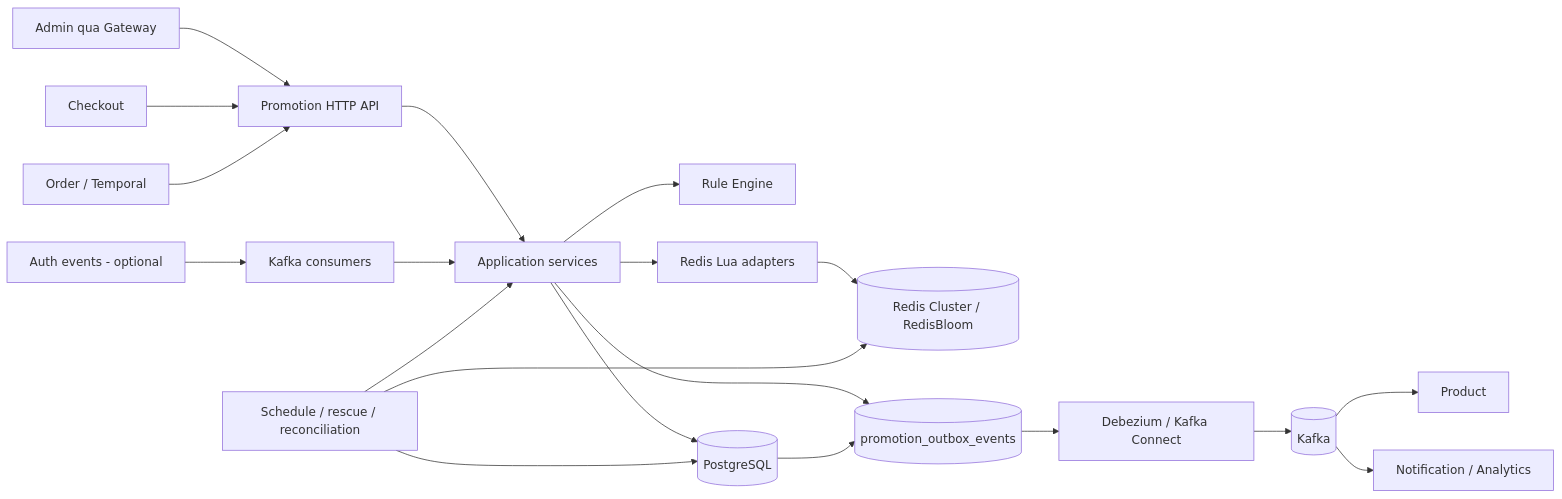
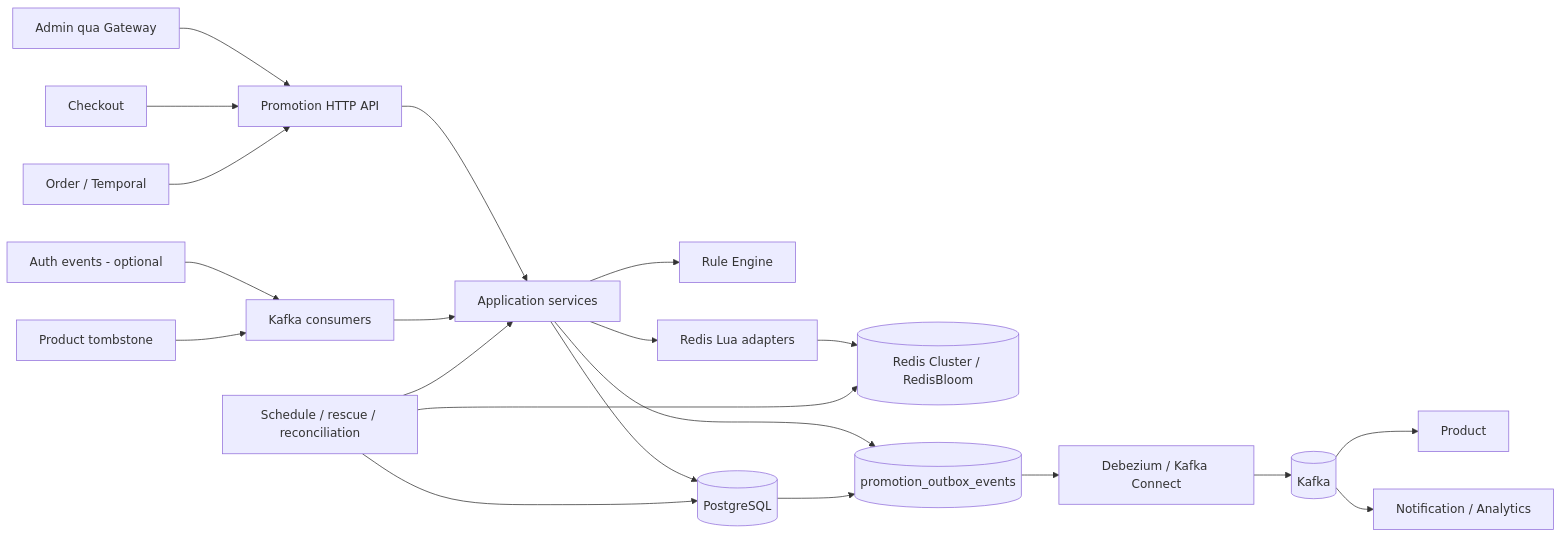
Before and after one commit to quangdung2110/e-commerce-microservices: the diagram in docs/promotion/architecture.md, drawn with Mermaid. The commit also changed other lines of this file and 19 other files, not shown here.

````diff
--- a/docs/promotion/architecture.md
+++ b/docs/promotion/architecture.md
@@ -26,22 +26,23 @@
 ```mermaid
 flowchart LR
   ADMIN[Admin qua Gateway] --> API[Promotion HTTP API]
   CHECKOUT[Checkout] --> API
   ORDER[Order / Temporal] --> API
   AUTH[Auth events - optional] --> CONSUMER[Kafka consumers]
+  PRODUCT_TOMBSTONE[Product tombstone] --> CONSUMER
   API --> APP[Application services]
   CONSUMER --> APP
   APP --> RULE[Rule Engine]
   APP --> PG[(PostgreSQL)]
   APP --> LUA[Redis Lua adapters]
   LUA --> REDIS[(Redis Cluster / RedisBloom)]
   APP --> OUTBOX[(promotion_outbox_events)]
   PG --> OUTBOX
   OUTBOX --> CDC[Debezium / Kafka Connect]
   CDC --> KAFKA[(Kafka)]
   KAFKA --> PRODUCT[Product]
   KAFKA --> OTHER[Notification / Analytics]
   JOBS[Schedule / rescue / reconciliation] --> APP
   JOBS --> PG
   JOBS --> REDIS
 ```
````
